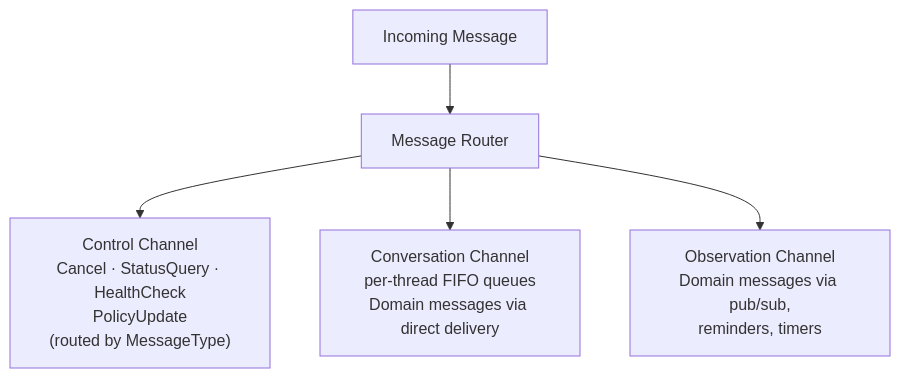
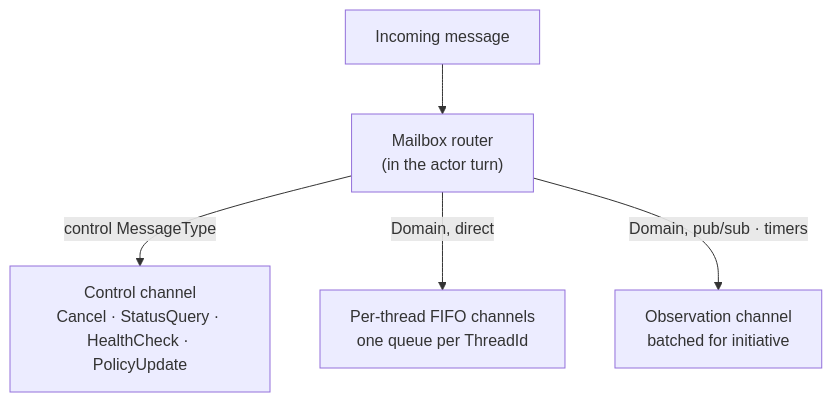
One commit to cvoya-com/spring-voyage changed the diagram in docs/architecture/messaging.md. Above: the diagram before and after it, drawn with Mermaid. The commit also changed other lines of this file and 144 other files, not shown here.

````diff
--- a/docs/architecture/messaging.md
+++ b/docs/architecture/messaging.md
@@ -31,7 +64,7 @@
 ```mermaid
-graph TD
-    msg["Incoming Message"] --> router["Message Router"]
-    router --> control["Control Channel<br/>Cancel · StatusQuery · HealthCheck<br/>PolicyUpdate<br/>(routed by MessageType)"]
-    router --> conv["Conversation Channel<br/>per-thread FIFO queues<br/>Domain messages via direct delivery"]
-    router --> obs["Observation Channel<br/>Domain messages via pub/sub,<br/>reminders, timers"]
+flowchart TD
+    msg["Incoming message"] --> router["Mailbox router<br/>(in the actor turn)"]
+    router -->|"control MessageType"| ctrl["Control channel<br/>Cancel · StatusQuery · HealthCheck · PolicyUpdate"]
+    router -->|"Domain, direct"| threads["Per-thread FIFO channels<br/>one queue per ThreadId"]
+    router -->|"Domain, pub/sub · timers"| obs["Observation channel<br/>batched for initiative"]
 ```
````
